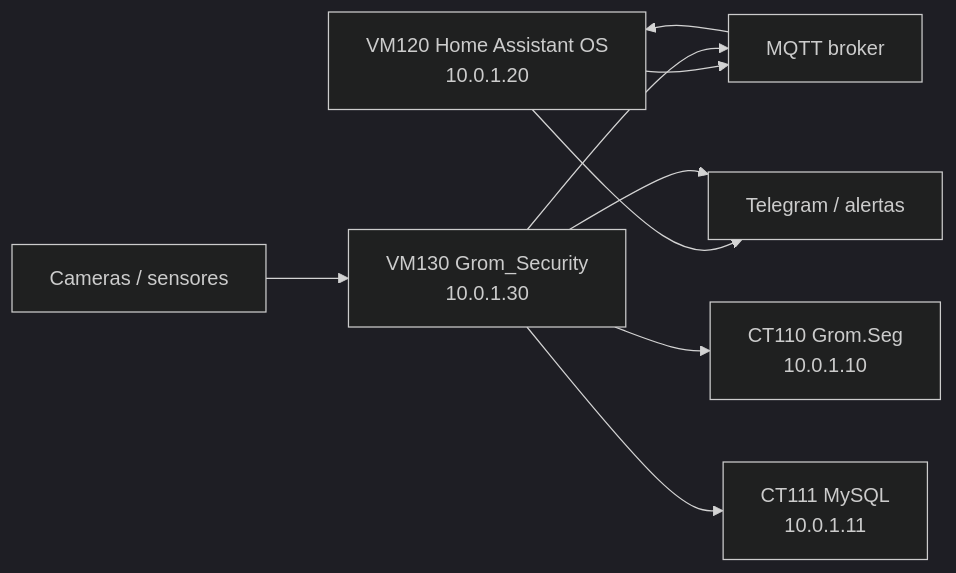
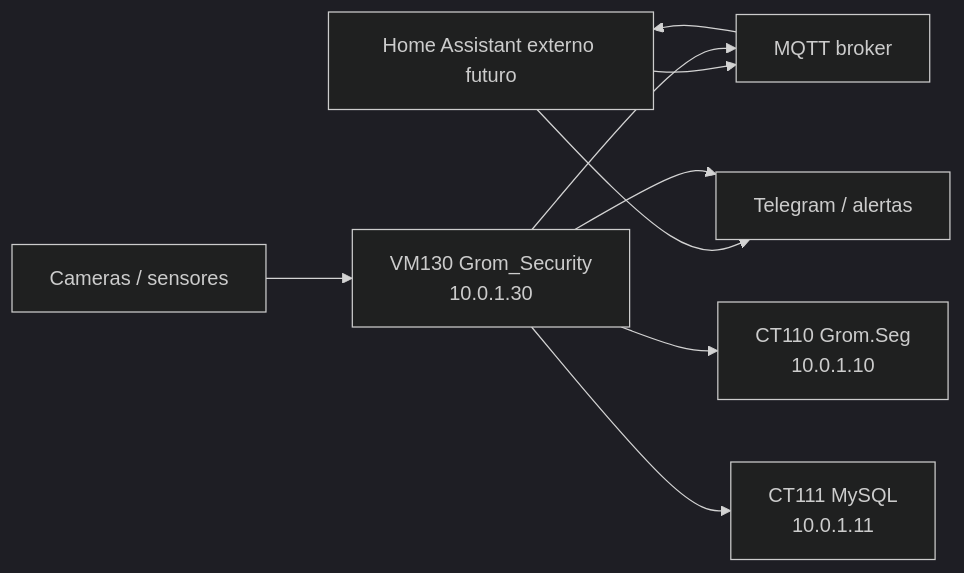
Before and after one commit to jagrom-max/Grom_Server: the diagram in docs/26-HOME-ASSISTANT-GROM-SECURITY.md, drawn with Mermaid (dark theme). The commit also changed other lines of this file and 31 other files, not shown here.

````diff
--- a/docs/26-HOME-ASSISTANT-GROM-SECURITY.md
+++ b/docs/26-HOME-ASSISTANT-GROM-SECURITY.md
@@ -182,19 +191,19 @@
 ```mermaid
 flowchart LR
-    HA[VM120 Home Assistant OS\n10.0.1.20]
+    HA[Home Assistant externo futuro]
     SEC[VM130 Grom_Security\n10.0.1.30]
     MQTT[MQTT broker]
     CAM[Cameras / sensores]
     SEG[CT110 Grom.Seg\n10.0.1.10]
     DB[CT111 MySQL\n10.0.1.11]
     ALERT[Telegram / alertas]
 
     CAM --> SEC
     HA --> MQTT
     SEC --> MQTT
     MQTT --> HA
     SEC --> SEG
     SEC --> DB
     HA --> ALERT
     SEC --> ALERT
 ```
````
